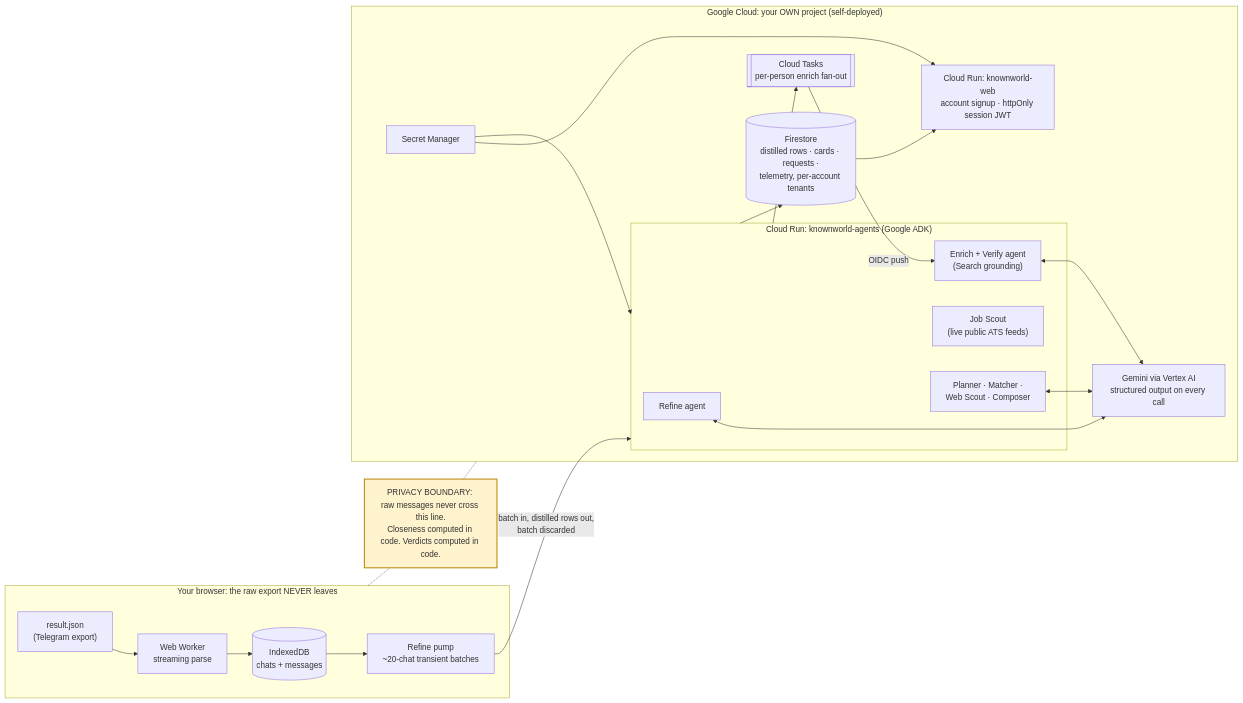
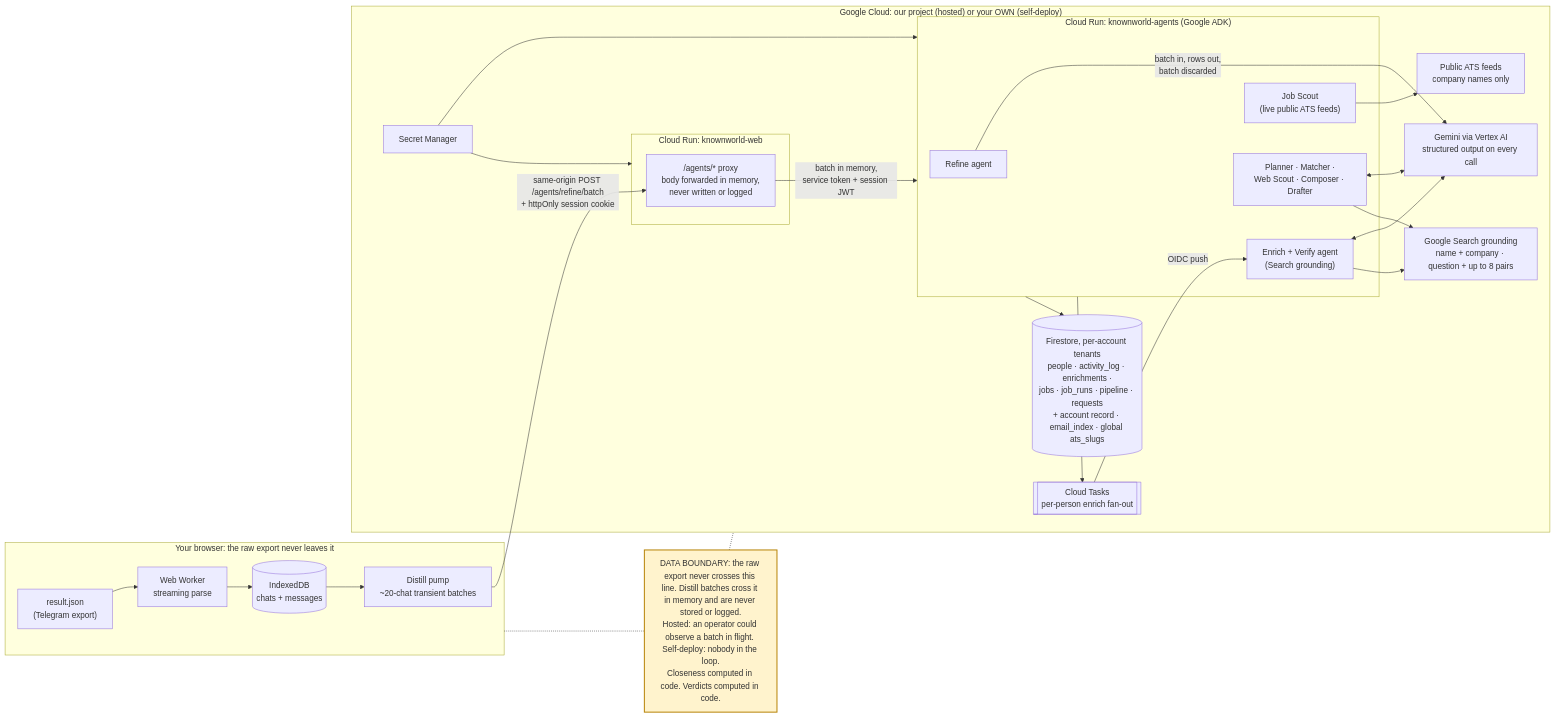
Before and after one commit to OGcryptonaut/knownworld: the diagram in README.md, drawn with Mermaid. The commit also changed other lines of this file and 8 other files, not shown here.

First line of the commit message:
docs: state the real topology and the complete data boundary

````diff
--- a/README.md
+++ b/README.md
@@ -87,40 +117,47 @@
 ```mermaid
 flowchart LR
-    subgraph BROWSER["Your browser: the raw export NEVER leaves"]
+    subgraph BROWSER["Your browser: the raw export never leaves it"]
         RJ["result.json<br/>(Telegram export)"]
         WW["Web Worker<br/>streaming parse"]
         IDB[("IndexedDB<br/>chats + messages")]
-        PUMP["Refine pump<br/>~20-chat transient batches"]
+        PUMP["Distill pump<br/>~20-chat transient batches"]
         RJ --> WW --> IDB --> PUMP
     end
 
-    PUMP -- "batch in, distilled rows out,<br/>batch discarded" --> ADK
+    PUMP -- "same-origin POST /agents/refine/batch<br/>+ httpOnly session cookie" --> PROXY
 
-    subgraph GCP["Google Cloud: your OWN project (self-deployed)"]
+    subgraph GCP["Google Cloud: our project (hosted) or your OWN (self-deploy)"]
+        subgraph WEB["Cloud Run: knownworld-web"]
+            PROXY["/agents/* proxy<br/>body forwarded in memory,<br/>never written or logged"]
+        end
         subgraph ADK["Cloud Run: knownworld-agents (Google ADK)"]
             REF["Refine agent"]
             ENR["Enrich + Verify agent<br/>(Search grounding)"]
             SCOUT["Job Scout<br/>(live public ATS feeds)"]
-            REQ["Planner · Matcher ·<br/>Web Scout · Composer"]
+            REQ["Planner · Matcher ·<br/>Web Scout · Composer · Drafter"]
         end
         VERTEX["Gemini via Vertex AI<br/>structured output on every call"]
-        FS[("Firestore<br/>distilled rows · cards · requests ·<br/>telemetry, per-account tenants")]
+        SEARCH["Google Search grounding<br/>name + company · question + up to 8 pairs"]
+        ATS["Public ATS feeds<br/>company names only"]
+        FS[("Firestore, per-account tenants<br/>people · activity_log · enrichments ·<br/>jobs · job_runs · pipeline · requests<br/>+ account record · email_index · global ats_slugs")]
         TASKS[["Cloud Tasks<br/>per-person enrich fan-out"]]
-        WEB["Cloud Run: knownworld-web<br/>account signup · httpOnly session JWT"]
         SM["Secret Manager"]
 
-        REF <--> VERTEX
+        PROXY -- "batch in memory,<br/>service token + session JWT" --> ADK
+        REF -- "batch in, rows out,<br/>batch discarded" --> VERTEX
         ENR <--> VERTEX
         REQ <--> VERTEX
+        ENR --> SEARCH
+        REQ --> SEARCH
+        SCOUT --> ATS
         ADK --> FS
         ADK --> TASKS
         TASKS -- "OIDC push" --> ENR
-        FS --> WEB
         SM --> ADK
         SM --> WEB
     end
 
-    BOUNDARY["PRIVACY BOUNDARY: raw messages never cross this line.<br/>Closeness computed in code. Verdicts computed in code."]
+    BOUNDARY["DATA BOUNDARY: the raw export never crosses this line. Distill batches cross it in memory and are never stored or logged.<br/>Hosted: an operator could observe a batch in flight. Self-deploy: nobody in the loop.<br/>Closeness computed in code. Verdicts computed in code."]
     BROWSER -.- BOUNDARY -.- GCP
     style BOUNDARY fill:#fff3cd,stroke:#b8860b,stroke-width:2px
 ```
````
